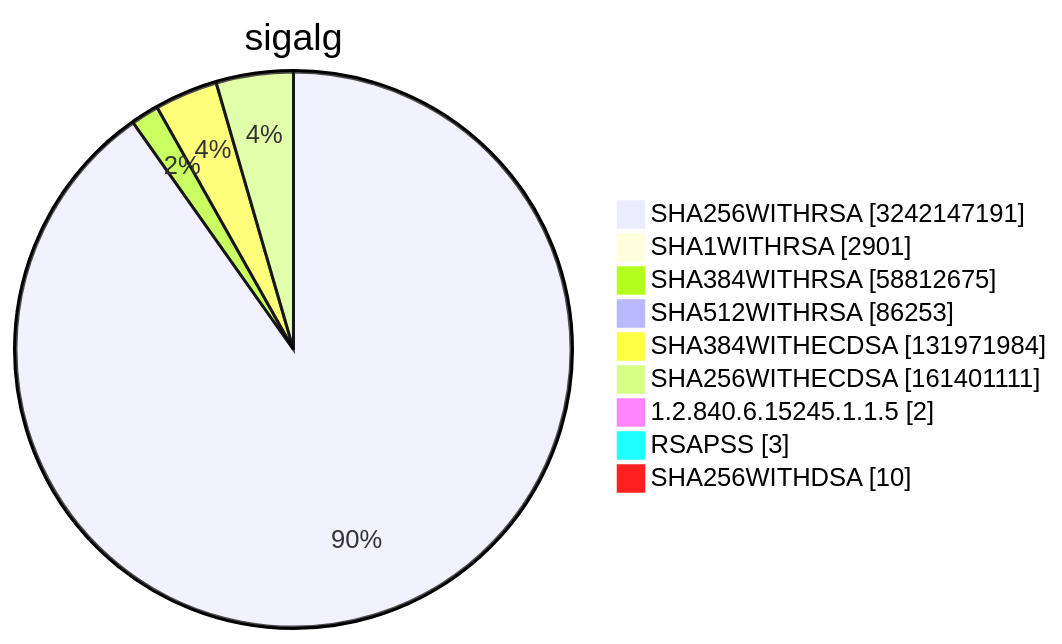
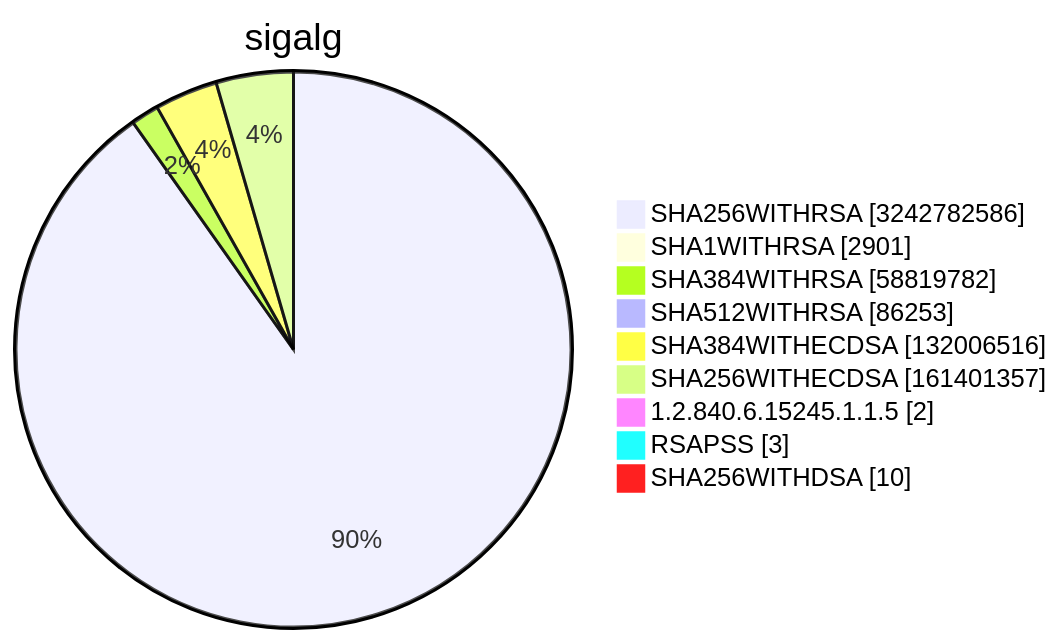
Before and after one commit to christiankrug/ctmonitor_visualization: diagram 15 of 15 in TOTAL/README.md, drawn with Mermaid. The commit also changed other lines of this file, not shown here.

````diff
--- a/TOTAL/README.md
+++ b/TOTAL/README.md
@@ -6218,13 +6218,13 @@
 ```mermaid
 pie showData
 title sigalg
-"SHA256WITHRSA" :3242147191
+"SHA256WITHRSA" :3242782586
 "SHA1WITHRSA" :2901
-"SHA384WITHRSA" :58812675
+"SHA384WITHRSA" :58819782
 "SHA512WITHRSA" :86253
-"SHA384WITHECDSA" :131971984
-"SHA256WITHECDSA" :161401111
+"SHA384WITHECDSA" :132006516
+"SHA256WITHECDSA" :161401357
 "1.2.840.6.15245.1.1.5" :2
 "RSAPSS" :3
 "SHA256WITHDSA" :10
 ```
````
